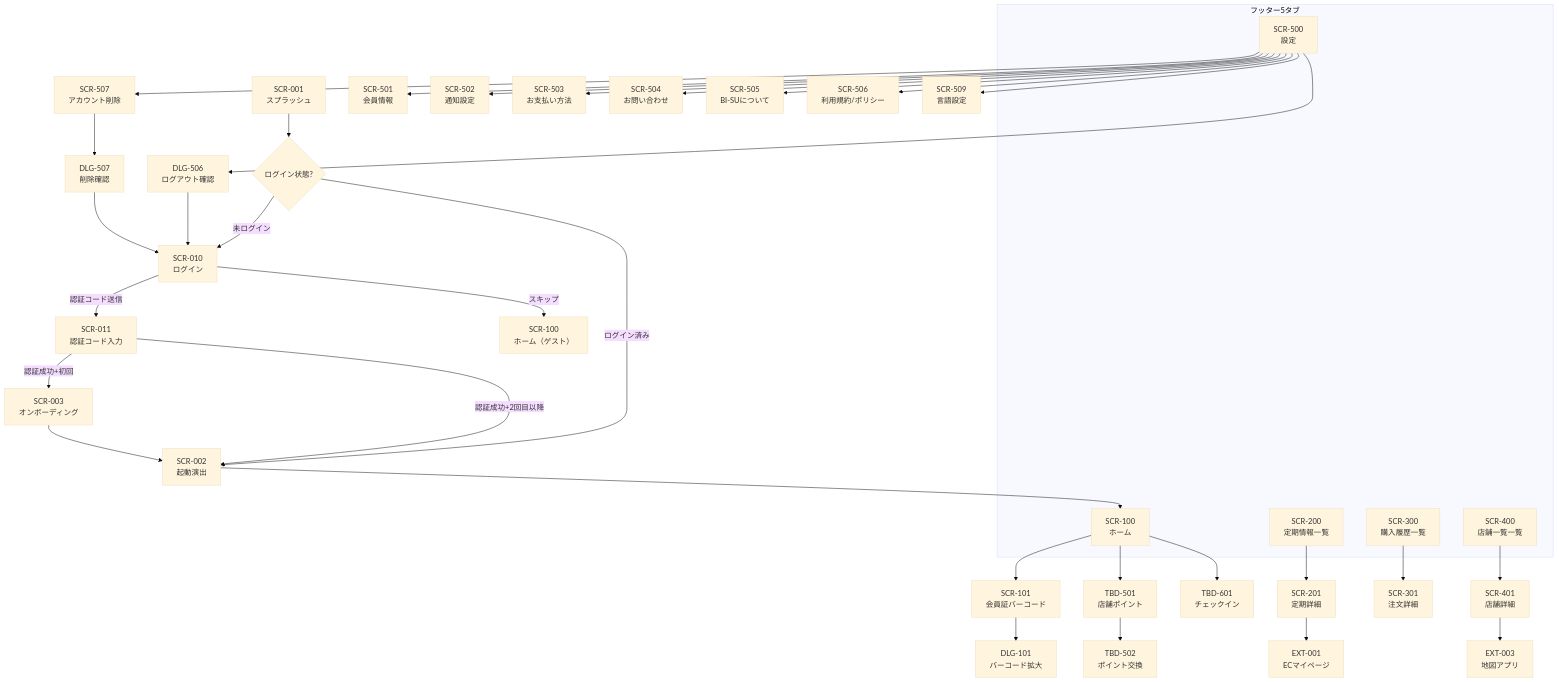
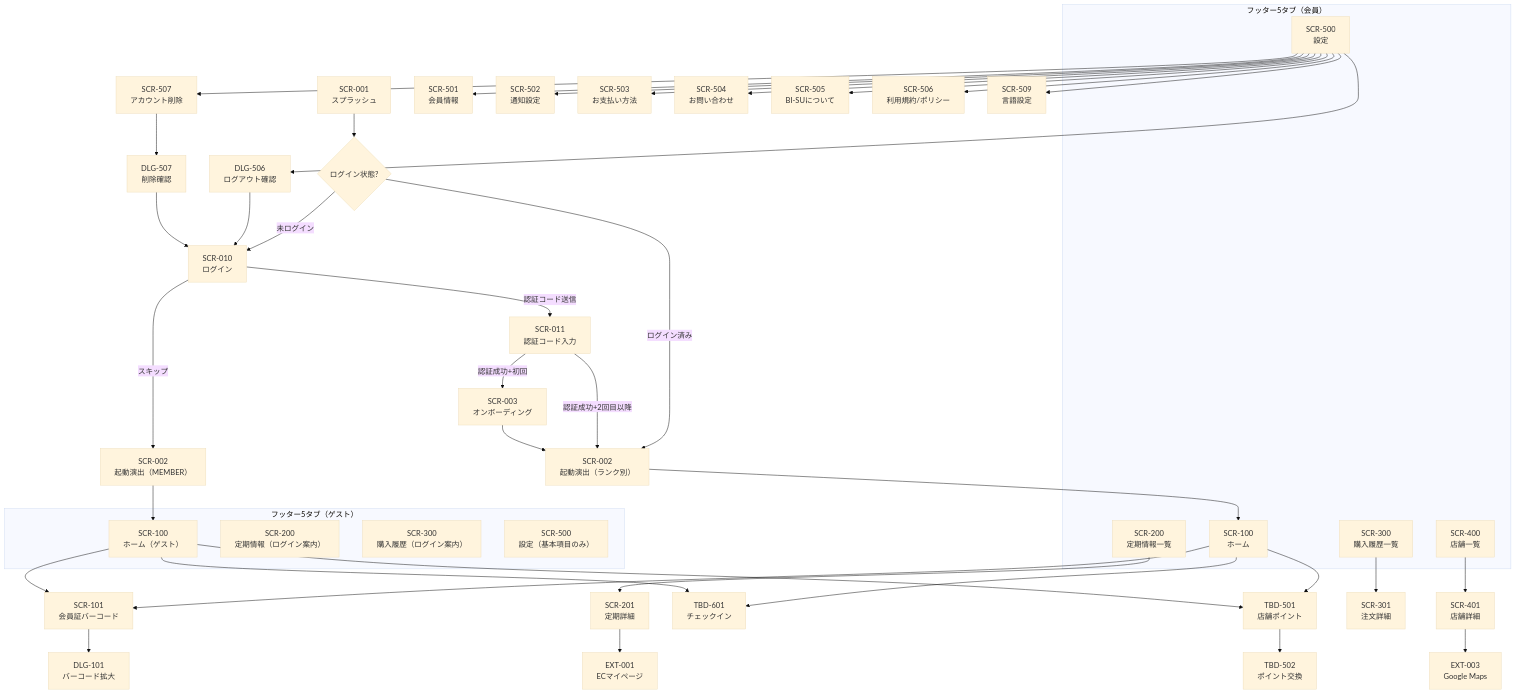
Before and after one commit to YukaHasebe/bi-su-app: the second of 2 diagrams in docs/01_アプリマップ.md, drawn with Mermaid (base theme). The commit also changed other lines of this file and 3 other files, not shown here.

First line of the commit message:
docs: フロー図修正 — ゲスト起動演出=MEMBER・ゲストタブ接続・店舗一覧一覧バグ修正

````diff
--- a/docs/01_アプリマップ.md
+++ b/docs/01_アプリマップ.md
@@ -346,49 +346,62 @@
 ```mermaid
 graph TD
     SCR001["SCR-001<br/>スプラッシュ"] --> CHECK{ログイン状態?}
     CHECK -->|未ログイン| SCR010["SCR-010<br/>ログイン"]
-    CHECK -->|ログイン済み| SCR002["SCR-002<br/>起動演出"]
+    CHECK -->|ログイン済み| SCR002["SCR-002<br/>起動演出（ランク別）"]
 
-    SCR010 -->|スキップ| SCR100G["SCR-100<br/>ホーム（ゲスト）"]
+    SCR010 -->|スキップ| SCR002G["SCR-002<br/>起動演出（MEMBER）"]
     SCR010 -->|認証コード送信| SCR011["SCR-011<br/>認証コード入力"]
     SCR011 -->|認証成功+初回| SCR003["SCR-003<br/>オンボーディング"]
     SCR011 -->|認証成功+2回目以降| SCR002
     SCR003 --> SCR002
     SCR002 --> SCR100["SCR-100<br/>ホーム"]
+    SCR002G --> SCR100G["SCR-100<br/>ホーム（ゲスト）"]
 
     SCR100 --> SCR101["SCR-101<br/>会員証バーコード"]
     SCR101 --> DLG101["DLG-101<br/>バーコード拡大"]
 
     SCR100 --> TBD501["TBD-501<br/>店舗ポイント"]
     TBD501 --> TBD502["TBD-502<br/>ポイント交換"]
     SCR100 --> TBD601["TBD-601<br/>チェックイン"]
 
+    SCR100G --> SCR101
+    SCR100G --> TBD501
+    SCR100G --> TBD601
+
     SCR200["SCR-200<br/>定期情報一覧"] --> SCR201["SCR-201<br/>定期詳細"]
     SCR201 --> EXT001["EXT-001<br/>ECマイページ"]
 
     SCR300["SCR-300<br/>購入履歴一覧"] --> SCR301["SCR-301<br/>注文詳細"]
 
-    SCR400["SCR-400<br/>店舗一覧一覧"] --> SCR401["SCR-401<br/>店舗詳細"]
-    SCR401 --> EXT003["EXT-003<br/>地図アプリ"]
+    SCR400["SCR-400<br/>店舗一覧"] --> SCR401["SCR-401<br/>店舗詳細"]
+    SCR401 --> EXT003["EXT-003<br/>Google Maps"]
 
     SCR500["SCR-500<br/>設定"] --> SCR501["SCR-501<br/>会員情報"]
     SCR500 --> SCR502["SCR-502<br/>通知設定"]
     SCR500 --> SCR503["SCR-503<br/>お支払い方法"]
     SCR500 --> SCR504["SCR-504<br/>お問い合わせ"]
     SCR500 --> SCR505["SCR-505<br/>BI-SUについて"]
     SCR500 --> SCR506["SCR-506<br/>利用規約/ポリシー"]
     SCR500 --> SCR509["SCR-509<br/>言語設定"]
     SCR500 --> DLG506["DLG-506<br/>ログアウト確認"]
     DLG506 --> SCR010
     SCR500 --> SCR507["SCR-507<br/>アカウント削除"]
     SCR507 --> DLG507["DLG-507<br/>削除確認"]
     DLG507 --> SCR010
 
-    subgraph "フッター5タブ"
+    subgraph "フッター5タブ（会員）"
         SCR100
         SCR200
         SCR300
         SCR400
         SCR500
     end
+
+    subgraph "フッター5タブ（ゲスト）"
+        SCR100G
+        SCR200G["SCR-200<br/>定期情報（ログイン案内）"]
+        SCR300G["SCR-300<br/>購入履歴（ログイン案内）"]
+        SCR400
+        SCR500G["SCR-500<br/>設定（基本項目のみ）"]
+    end
 ```
````
